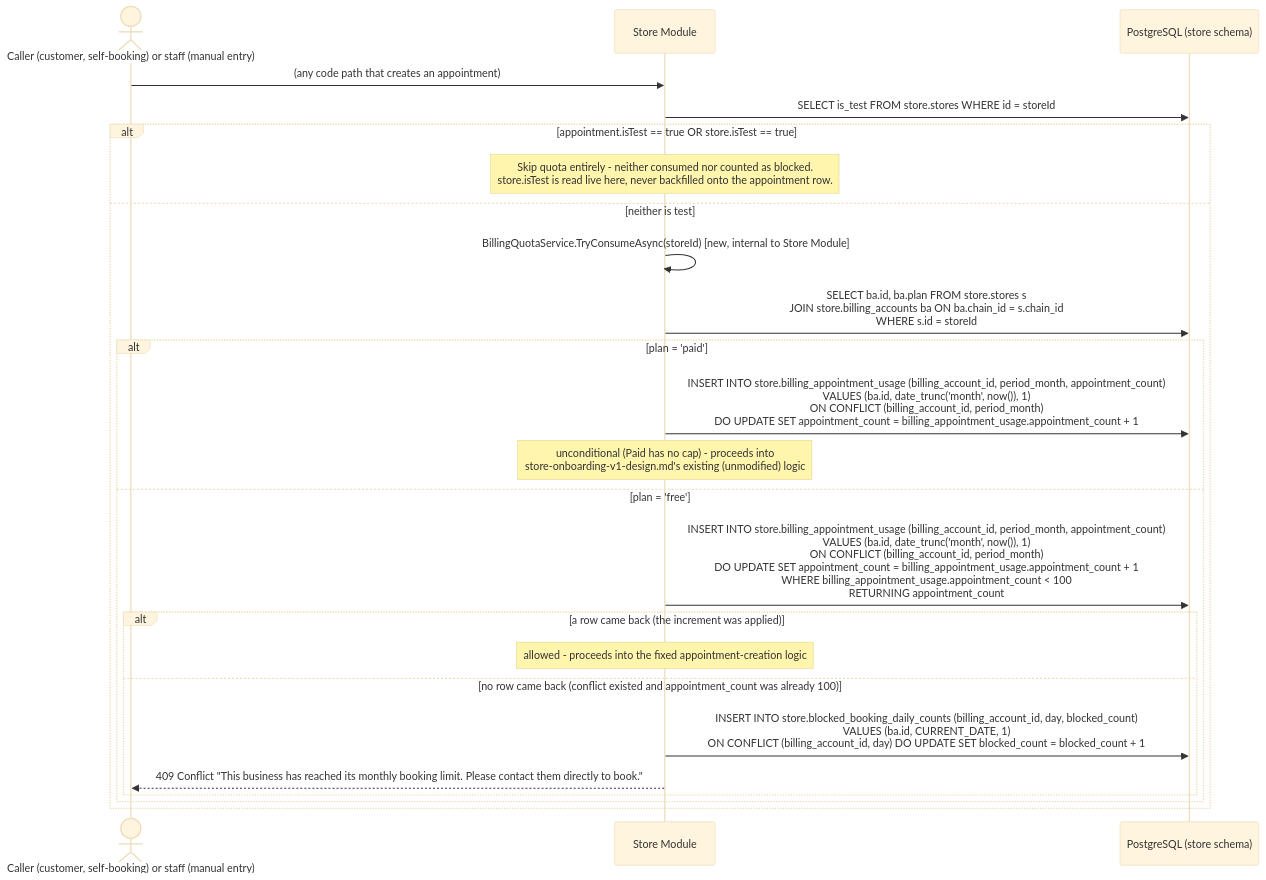
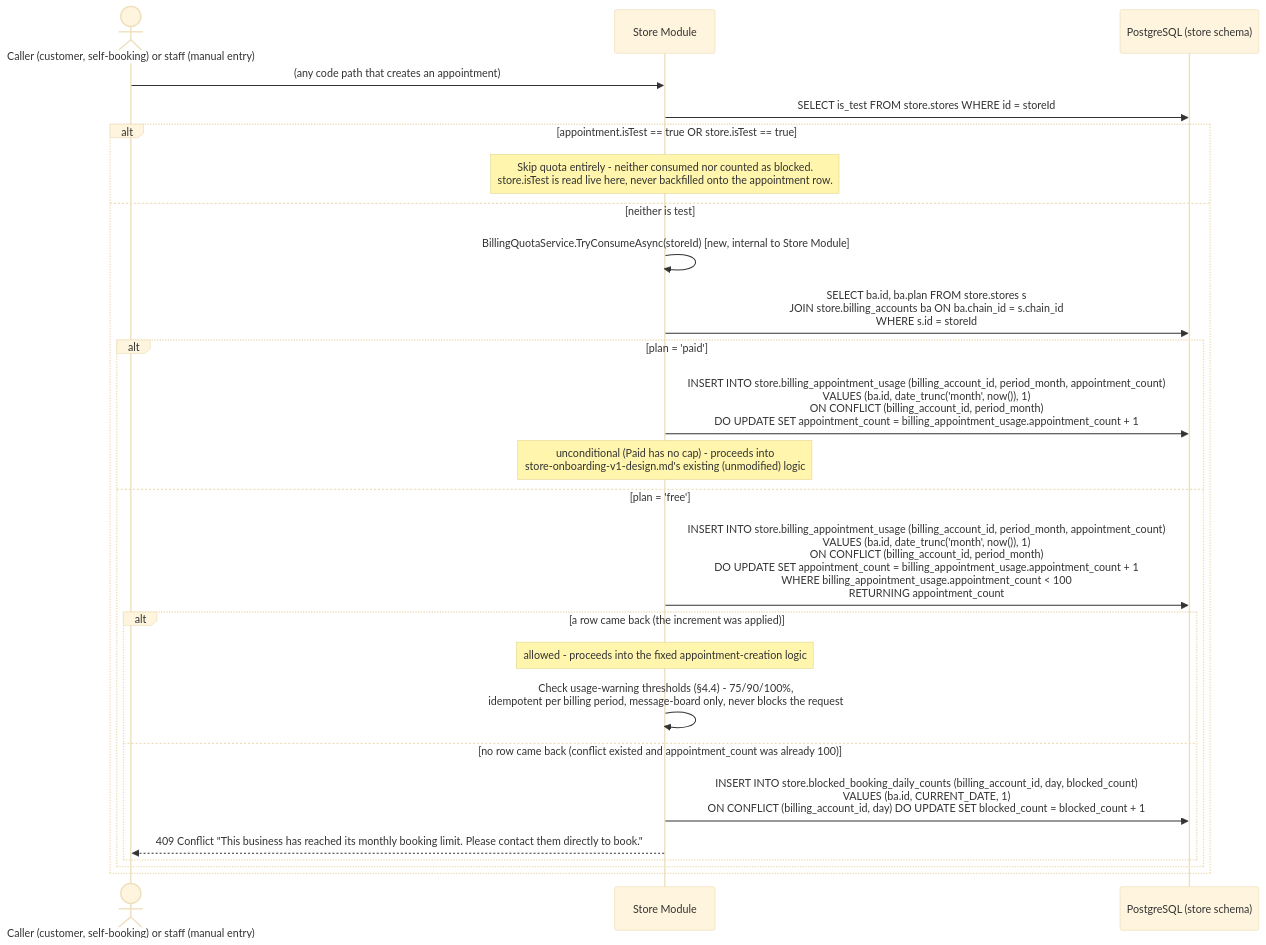
The second of 6 diagrams in usercasestudy/groway-billing-workflow.md (szhanggit/appointmentsystemdesign), drawn with Mermaid (base theme) before and after one commit. The commit also changed other lines of this file and 13 other files, not shown here.

````diff
--- a/usercasestudy/groway-billing-workflow.md
+++ b/usercasestudy/groway-billing-workflow.md
@@ -87,27 +87,28 @@
 ```mermaid
 sequenceDiagram
     actor C as Caller (customer, self-booking) or staff (manual entry)
     participant SM as Store Module
     participant DB as PostgreSQL (store schema)
 
     C->>SM: (any code path that creates an appointment)
     SM->>DB: SELECT is_test FROM store.stores WHERE id = storeId
     alt appointment.isTest == true OR store.isTest == true
         Note over SM: Skip quota entirely - neither consumed nor counted as blocked.<br/>store.isTest is read live here, never backfilled onto the appointment row.
     else neither is test
         SM->>SM: BillingQuotaService.TryConsumeAsync(storeId) [new, internal to Store Module]
         SM->>DB: SELECT ba.id, ba.plan FROM store.stores s<br/>JOIN store.billing_accounts ba ON ba.chain_id = s.chain_id<br/>WHERE s.id = storeId
         alt plan = 'paid'
             SM->>DB: INSERT INTO store.billing_appointment_usage (billing_account_id, period_month, appointment_count)<br/>VALUES (ba.id, date_trunc('month', now()), 1)<br/>ON CONFLICT (billing_account_id, period_month)<br/>DO UPDATE SET appointment_count = billing_appointment_usage.appointment_count + 1
             Note over SM: unconditional (Paid has no cap) - proceeds into<br/>store-onboarding-v1-design.md's existing (unmodified) logic
         else plan = 'free'
             SM->>DB: INSERT INTO store.billing_appointment_usage (billing_account_id, period_month, appointment_count)<br/>VALUES (ba.id, date_trunc('month', now()), 1)<br/>ON CONFLICT (billing_account_id, period_month)<br/>DO UPDATE SET appointment_count = billing_appointment_usage.appointment_count + 1<br/>WHERE billing_appointment_usage.appointment_count < 100<br/>RETURNING appointment_count
             alt a row came back (the increment was applied)
                 Note over SM: allowed - proceeds into the fixed appointment-creation logic
+                SM->>SM: Check usage-warning thresholds (§4.4) - 75/90/100%,<br/>idempotent per billing period, message-board only, never blocks the request
             else no row came back (conflict existed and appointment_count was already 100)
                 SM->>DB: INSERT INTO store.blocked_booking_daily_counts (billing_account_id, day, blocked_count)<br/>VALUES (ba.id, CURRENT_DATE, 1)<br/>ON CONFLICT (billing_account_id, day) DO UPDATE SET blocked_count = blocked_count + 1
                 SM-->>C: 409 Conflict "This business has reached its monthly booking limit. Please contact them directly to book."
             end
         end
     end
 ```
````
